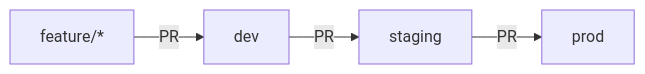
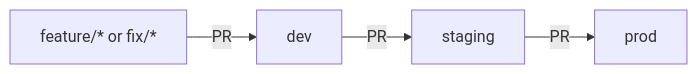
Before and after one commit to keshawndev/code-fast-saas: the diagram in README.md, drawn with Mermaid. The commit also changed other lines of this file and 1 other file, not shown here.

````diff
--- a/README.md
+++ b/README.md
@@ -52,6 +50,6 @@
 ```mermaid
 flowchart LR
-    F[feature/*] -- PR --> D[dev]
+    F[feature/* or fix/*] -- PR --> D[dev]
     D -- PR --> S[staging]
     S -- PR --> P[prod]
 ```
````
